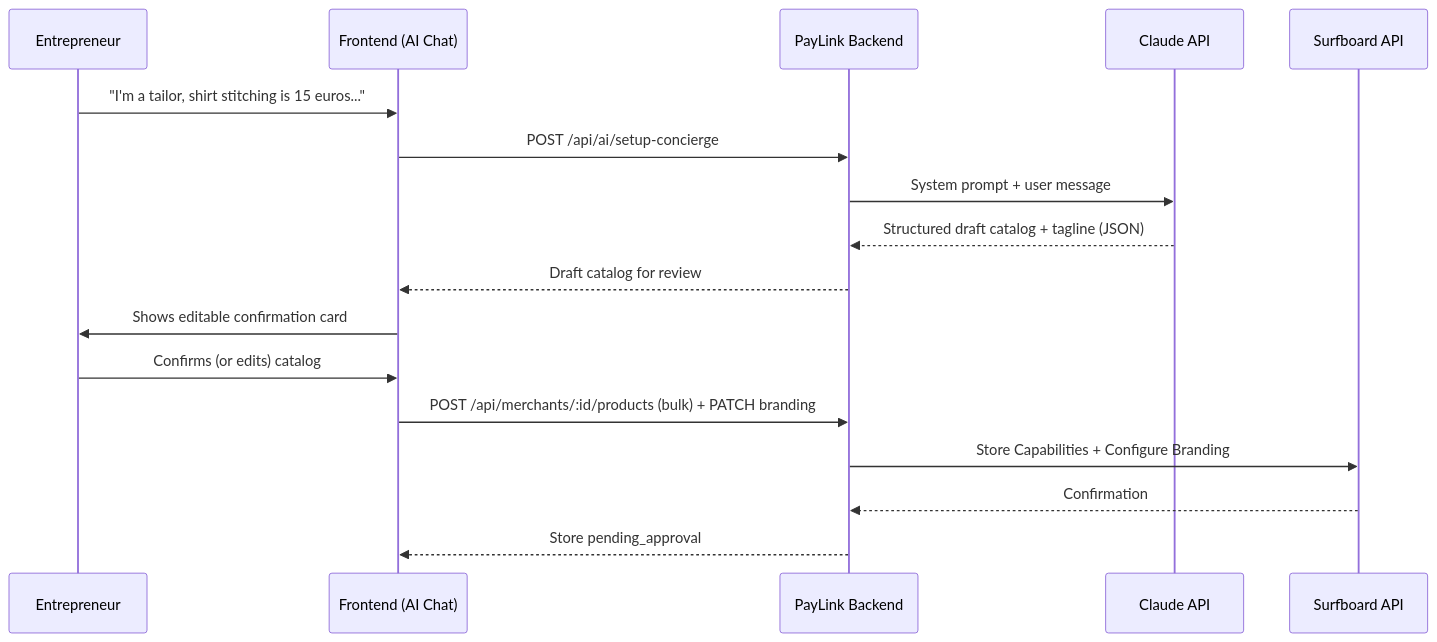
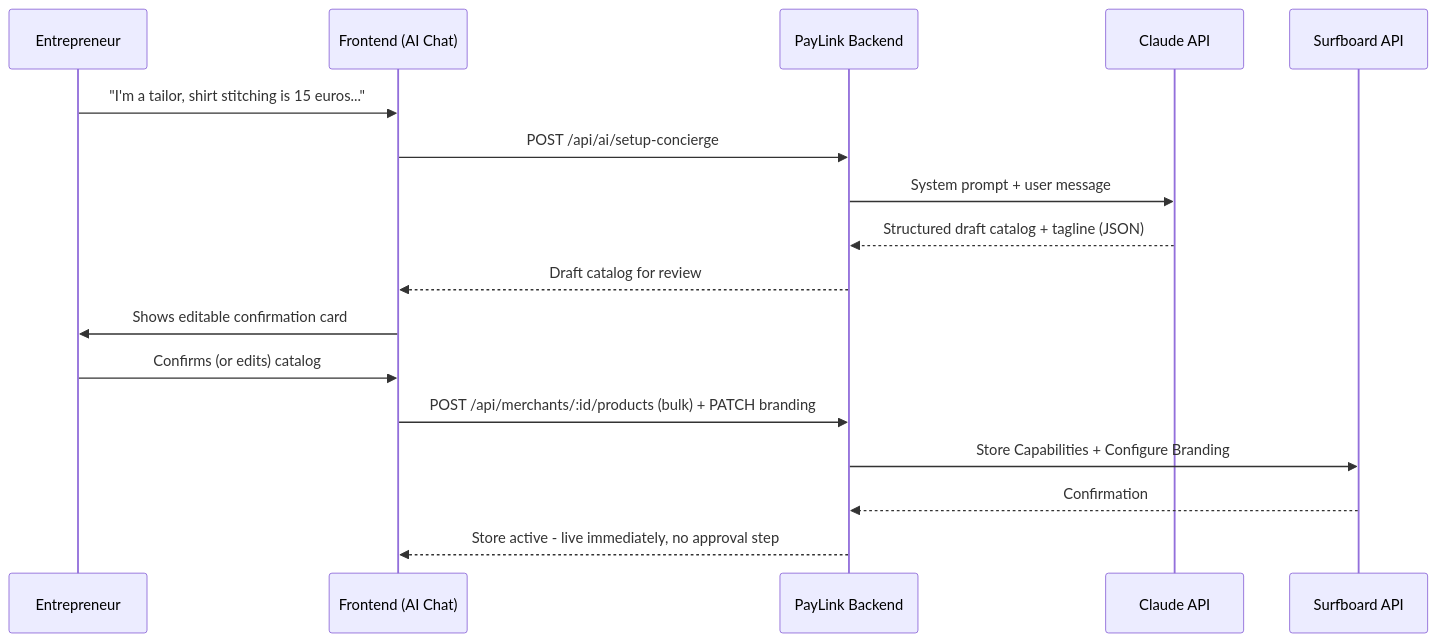
Before and after one commit to Pandiyaraj2004/Paylink: the eighth of 9 diagrams in master-doc.md, drawn with Mermaid. The commit also changed other lines of this file and 177 other files, not shown here.

````diff
--- a/master-doc.md
+++ b/master-doc.md
@@ -1753,20 +1996,20 @@
 ```mermaid
 sequenceDiagram
     participant E as Entrepreneur
     participant FE as Frontend (AI Chat)
     participant BE as PayLink Backend
     participant AI as Claude API
     participant SB as Surfboard API
 
     E->>FE: "I'm a tailor, shirt stitching is 15 euros..."
     FE->>BE: POST /api/ai/setup-concierge
     BE->>AI: System prompt + user message
     AI-->>BE: Structured draft catalog + tagline (JSON)
     BE-->>FE: Draft catalog for review
     FE->>E: Shows editable confirmation card
     E->>FE: Confirms (or edits) catalog
     FE->>BE: POST /api/merchants/:id/products (bulk) + PATCH branding
     BE->>SB: Store Capabilities + Configure Branding
     SB-->>BE: Confirmation
-    BE-->>FE: Store pending_approval
+    BE-->>FE: Store active - live immediately, no approval step
 ```
````
